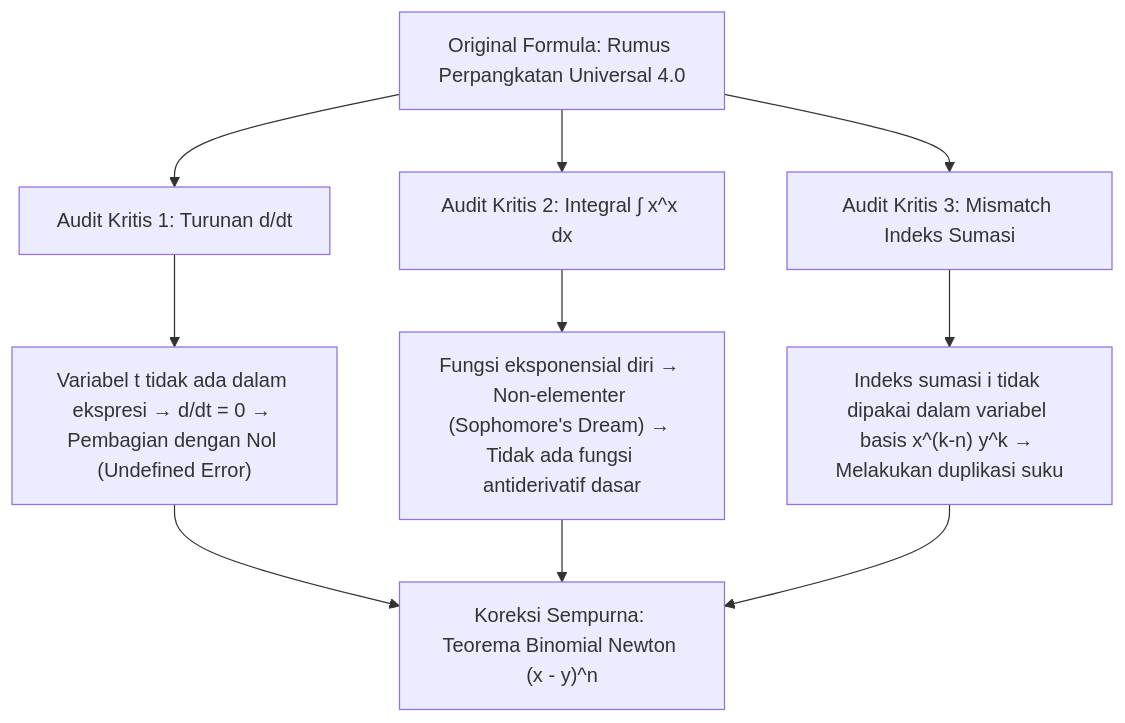
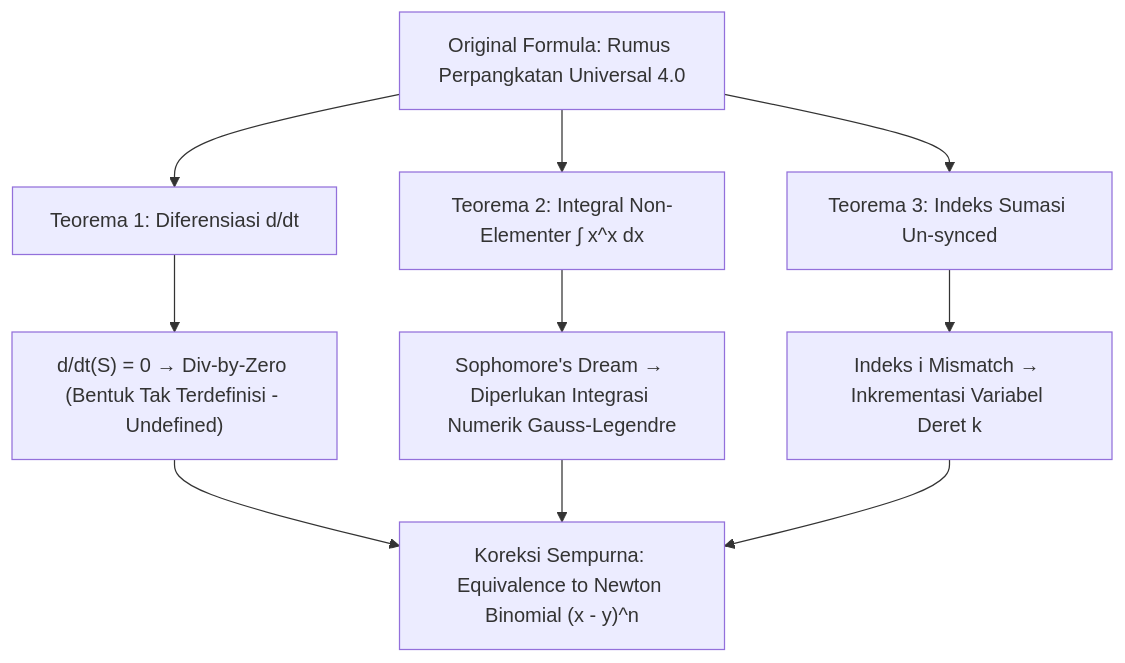
The diagram in README.md (SamuelPurba/Rumus-Perpangkatan-Universal-4.0), drawn with Mermaid before and after one commit. The commit also changed other lines of this file, not shown here.

````diff
--- a/README.md
+++ b/README.md
@@ -43,14 +44,14 @@
 ```mermaid
 graph TD
-    A["Original Formula: Rumus Perpangkatan Universal 4.0"] --> B["Audit Kritis 1: Turunan d/dt"]
-    A --> C["Audit Kritis 2: Integral ∫ x^x dx"]
-    A --> D["Audit Kritis 3: Mismatch Indeks Sumasi"]
+    A["Original Formula: Rumus Perpangkatan Universal 4.0"] --> B["Teorema 1: Diferensiasi d/dt"]
+    A --> C["Teorema 2: Integral Non-Elementer ∫ x^x dx"]
+    A --> D["Teorema 3: Indeks Sumasi Un-synced"]
     
-    B --> B1["Variabel t tidak ada dalam ekspresi → d/dt = 0 → Pembagian dengan Nol (Undefined Error)"]
-    C --> C1["Fungsi eksponensial diri → Non-elementer (Sophomore's Dream) → Tidak ada fungsi antiderivatif dasar"]
-    D --> D1["Indeks sumasi i tidak dipakai dalam variabel basis x^(k-n) y^k → Melakukan duplikasi suku"]
+    B --> B1["d/dt(S) = 0 → Div-by-Zero (Bentuk Tak Terdefinisi - Undefined)"]
+    C --> C1["Sophomore's Dream → Diperlukan Integrasi Numerik Gauss-Legendre"]
+    D --> D1["Indeks i Mismatch → Inkrementasi Variabel Deret k"]
     
-    B1 --> E["Koreksi Sempurna: Teorema Binomial Newton (x - y)^n"]
+    B1 --> E["Koreksi Sempurna: Equivalence to Newton Binomial (x - y)^n"]
     C1 --> E
     D1 --> E
 ```
````
